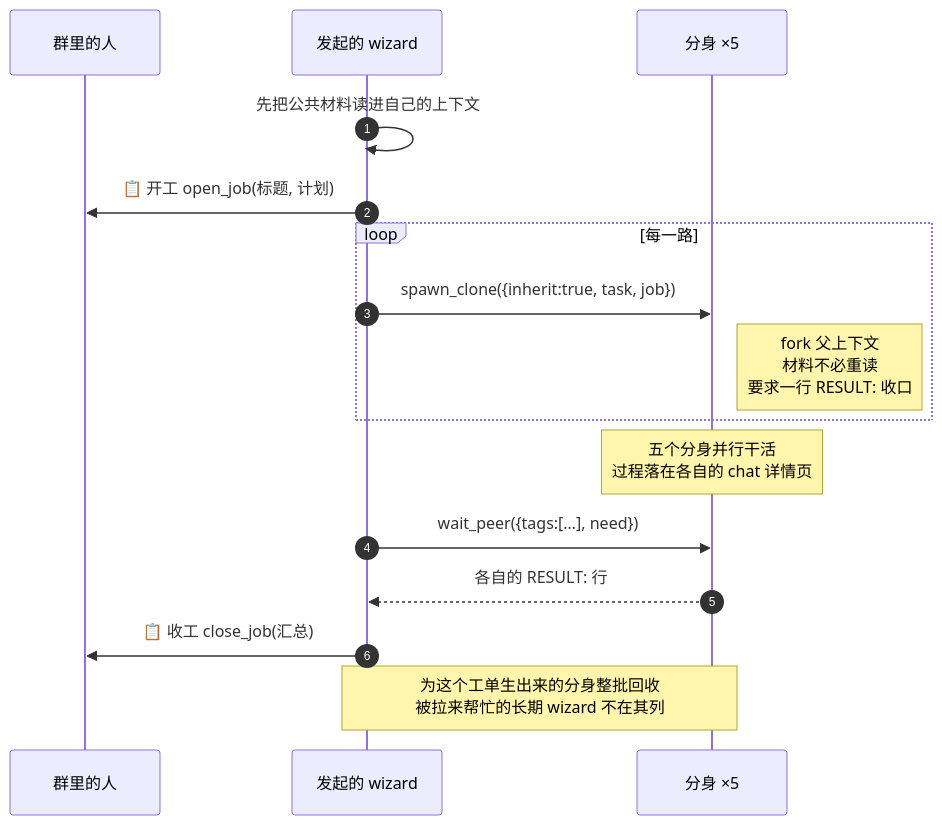
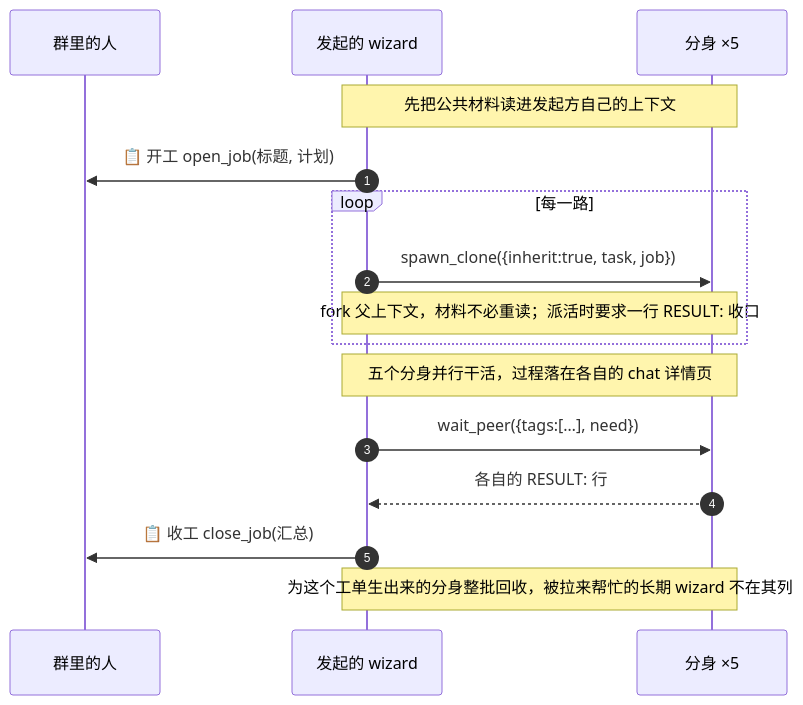
One commit to guxi11/wezard changed the fourth of 4 diagrams in README.md. Above: the diagram before and after it, drawn with Mermaid.

Commit message:
fix(docs): README 编排时序图渲染失败
上一版引入了三个原文档没用过的构造, 其中 `Note over K`(单参与者) 会让 mermaid
在测量那个 note 宽度时拿不到已挂载的 svg, GitHub 报 "svg element not in render
tree"。连同 `Note right of` 一并折回仓库里已验证能渲染的 `Note over A,B` 两参与
者写法, 并去掉 W->>W 自指消息。图的信息量不变。

````diff
--- a/README.md
+++ b/README.md
@@ -264,19 +264,19 @@
 ```mermaid
 sequenceDiagram
     autonumber
     participant U as 群里的人
     participant W as 发起的 wizard
     participant K as 分身 ×5
 
-    W->>W: 先把公共材料读进自己的上下文
+    Note over W,K: 先把公共材料读进发起方自己的上下文
     W->>U: 📋 开工 open_job(标题, 计划)
     loop 每一路
         W->>K: spawn_clone({inherit:true, task, job})
-        Note right of K: fork 父上下文<br/>材料不必重读<br/>要求一行 RESULT: 收口
+        Note over W,K: fork 父上下文，材料不必重读；派活时要求一行 RESULT: 收口
     end
-    Note over K: 五个分身并行干活<br/>过程落在各自的 chat 详情页
+    Note over W,K: 五个分身并行干活，过程落在各自的 chat 详情页
     W->>K: wait_peer({tags:[…], need})
     K-->>W: 各自的 RESULT: 行
     W->>U: 📋 收工 close_job(汇总)
-    Note over W,K: 为这个工单生出来的分身整批回收<br/>被拉来帮忙的长期 wizard 不在其列
+    Note over W,K: 为这个工单生出来的分身整批回收，被拉来帮忙的长期 wizard 不在其列
 ```
````
